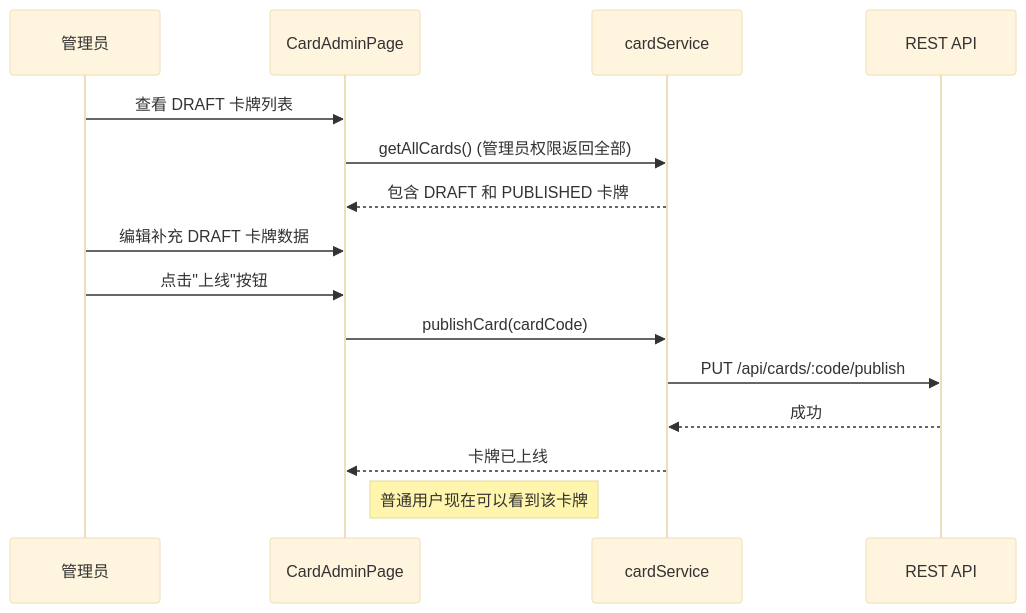
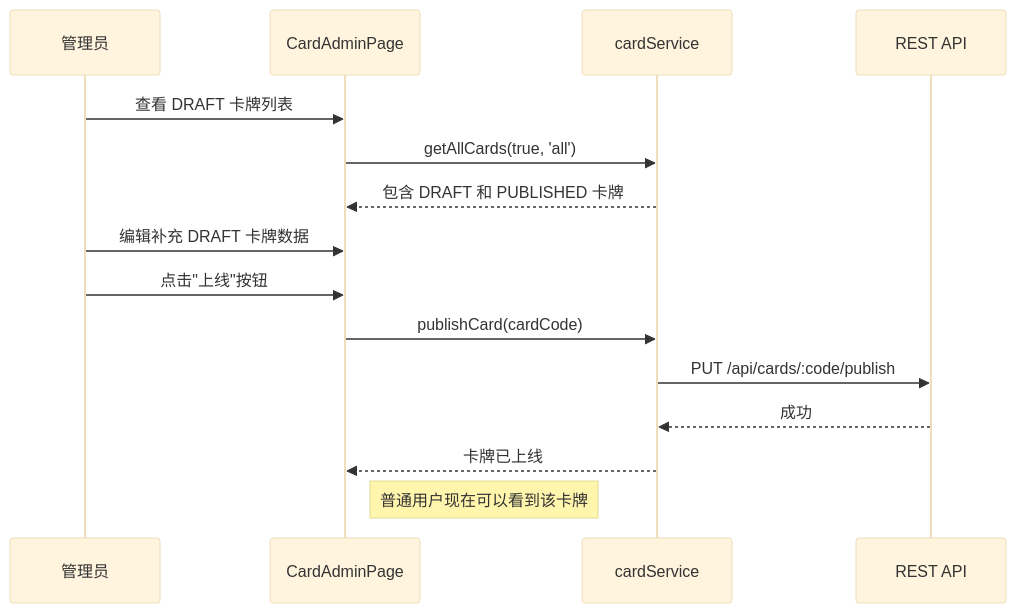
Before and after one commit to catmeow123456/loveca-dev: the fifth of 5 diagrams in docs/card-data-management/design.md, drawn with Mermaid (base theme). The commit also changed other lines of this file and 13 other files, not shown here.

````diff
--- a/docs/card-data-management/design.md
+++ b/docs/card-data-management/design.md
@@ -341,19 +342,19 @@
 ```mermaid
 sequenceDiagram
     participant Admin as 管理员
     participant UI as CardAdminPage
     participant CS as cardService
     participant API as REST API
 
     Admin->>UI: 查看 DRAFT 卡牌列表
-    UI->>CS: getAllCards() (管理员权限返回全部)
+    UI->>CS: getAllCards(true, 'all')
     CS-->>UI: 包含 DRAFT 和 PUBLISHED 卡牌
 
     Admin->>UI: 编辑补充 DRAFT 卡牌数据
     Admin->>UI: 点击"上线"按钮
     UI->>CS: publishCard(cardCode)
     CS->>API: PUT /api/cards/:code/publish
     API-->>CS: 成功
     CS-->>UI: 卡牌已上线
     Note right of UI: 普通用户现在可以看到该卡牌
 ```
````
